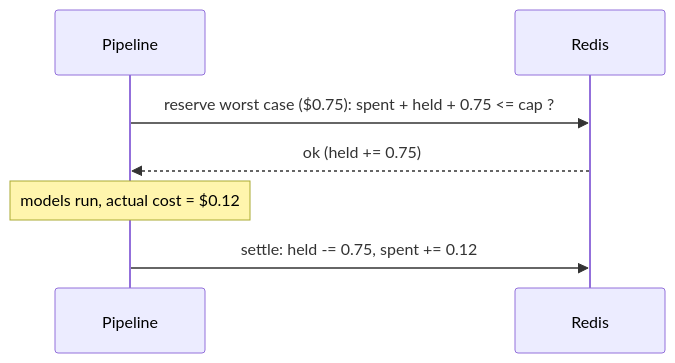
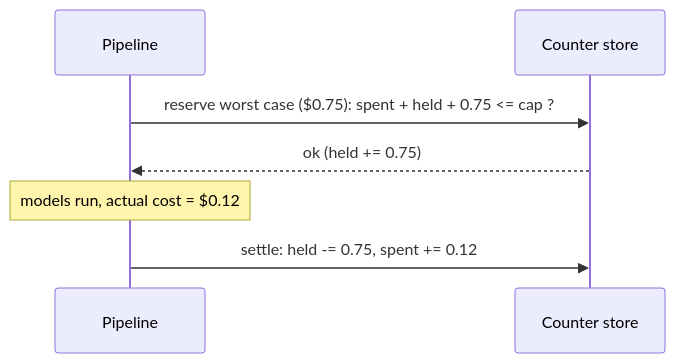
The seventh of 9 diagrams in docs/ARCHITECTURE.md (Dumpsterpog/multi-llm-architecture), drawn with Mermaid before and after one commit. The commit also changed other lines of this file and 26 other files, not shown here.

````diff
--- a/docs/ARCHITECTURE.md
+++ b/docs/ARCHITECTURE.md
@@ -319,9 +321,9 @@
 ```mermaid
 sequenceDiagram
   participant P as Pipeline
-  participant R as Redis
+  participant R as Counter store
   P->>R: reserve worst case ($0.75): spent + held + 0.75 <= cap ?
   R-->>P: ok (held += 0.75)
   Note over P: models run, actual cost = $0.12
   P->>R: settle: held -= 0.75, spent += 0.12
 ```
````
